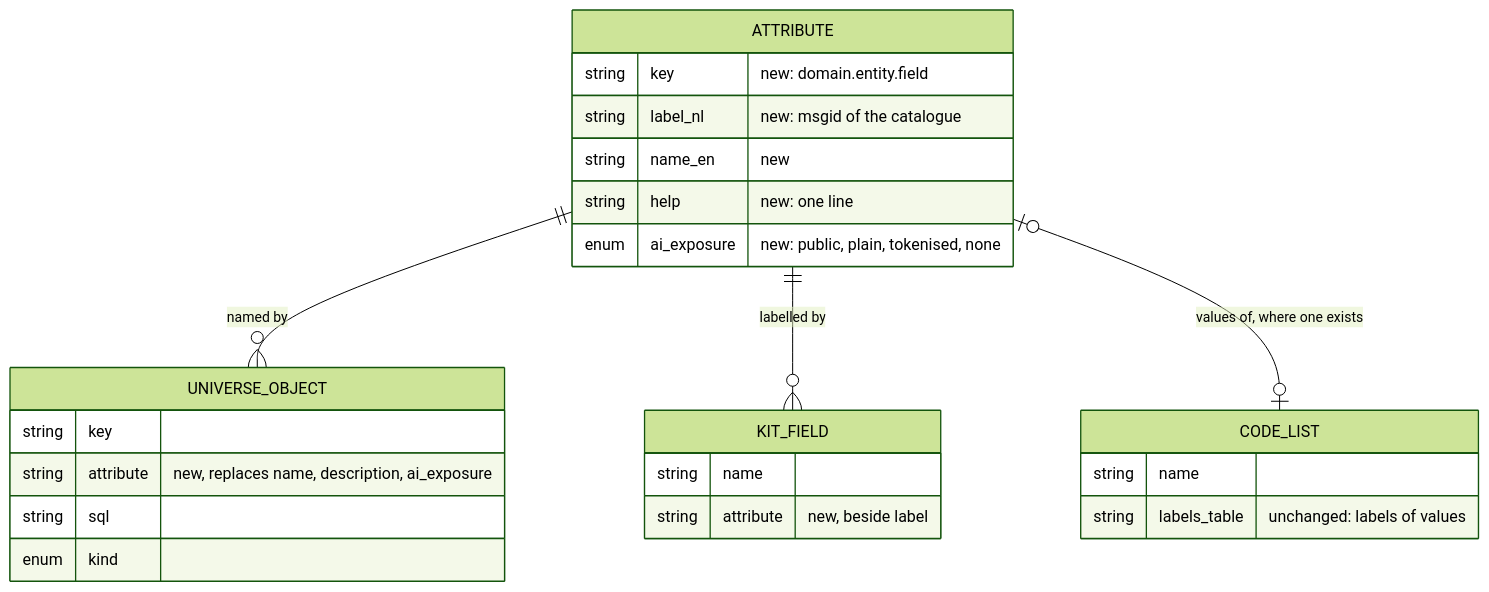
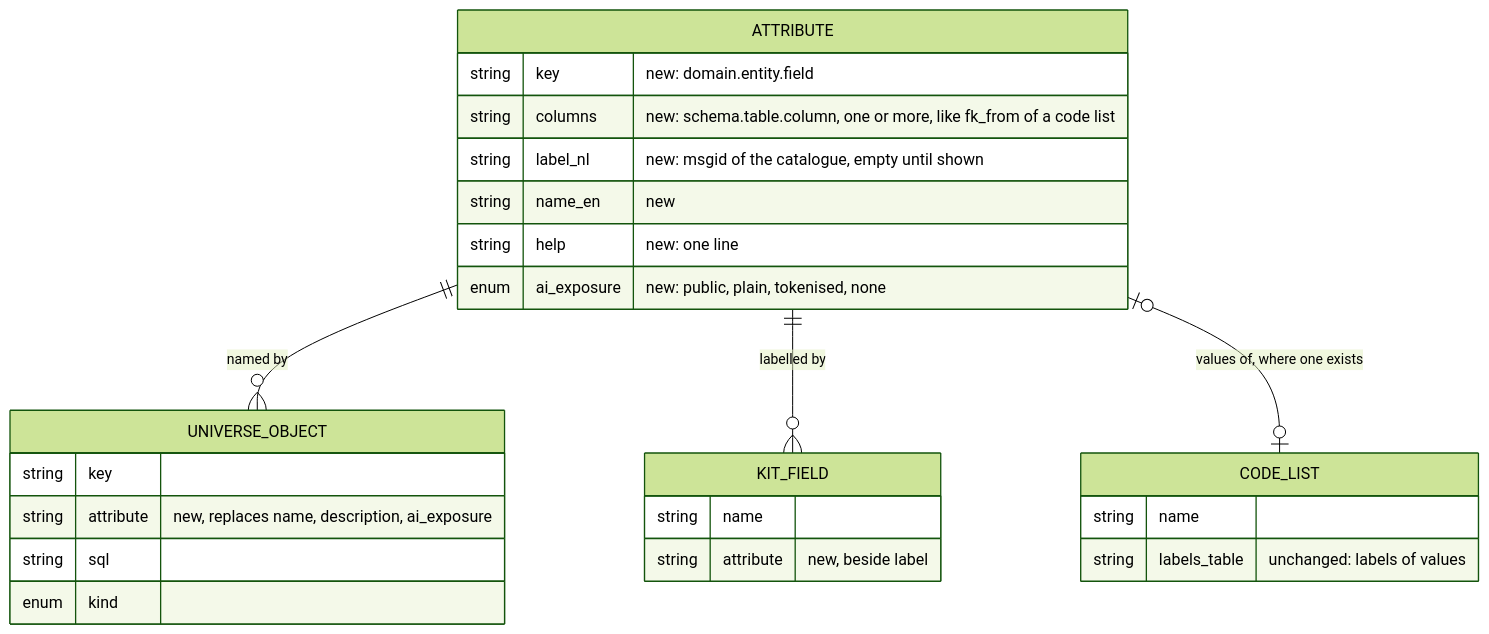
The fifth of 5 diagrams in docs/change_request_33_attribute_register.md (KoenRenders/KoenTest), drawn with Mermaid (forest theme) before and after one commit. The commit also changed other lines of this file, not shown here.

````diff
--- a/docs/change_request_33_attribute_register.md
+++ b/docs/change_request_33_attribute_register.md
@@ -261,27 +269,28 @@
 ```mermaid
 erDiagram
   ATTRIBUTE {
     string key "new: domain.entity.field"
-    string label_nl "new: msgid of the catalogue"
+    string columns "new: schema.table.column, one or more, like fk_from of a code list"
+    string label_nl "new: msgid of the catalogue, empty until shown"
     string name_en "new"
     string help "new: one line"
     enum ai_exposure "new: public, plain, tokenised, none"
   }
   UNIVERSE_OBJECT {
     string key
     string attribute "new, replaces name, description, ai_exposure"
     string sql
     enum kind
   }
   CODE_LIST {
     string name
     string labels_table "unchanged: labels of values"
   }
   KIT_FIELD {
     string name
     string attribute "new, beside label"
   }
   ATTRIBUTE ||--o{ UNIVERSE_OBJECT : "named by"
   ATTRIBUTE ||--o{ KIT_FIELD : "labelled by"
   ATTRIBUTE o|--o| CODE_LIST : "values of, where one exists"
 ```
````
